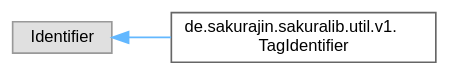
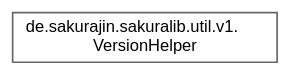
One commit to noah1510/sakura-lib changed the diagram in inherit_graph_29.dot. Above: the diagram before and after it, drawn with Graphviz. The commit also changed 186 other files, not shown here.

```diff
--- a/inherit_graph_29.dot
+++ b/inherit_graph_29.dot
@@ -1,11 +1,9 @@
 digraph "Graphical Class Hierarchy"
 {
  // LATEX_PDF_SIZE
   bgcolor="transparent";
   edge [fontname=Helvetica,fontsize=10,labelfontname=Helvetica,labelfontsize=10];
   node [fontname=Helvetica,fontsize=10,shape=box,height=0.2,width=0.4];
   rankdir="LR";
-  Node0 [label="Identifier",height=0.2,width=0.4,color="grey60", fillcolor="#E0E0E0", style="filled",tooltip=" "];
-  Node0 -> Node1 [dir="back",color="steelblue1",style="solid"];
-  Node1 [label="de.sakurajin.sakuralib.util.v1.\lTagIdentifier",height=0.2,width=0.4,color="grey40", fillcolor="white", style="filled",URL="$classde_1_1sakurajin_1_1sakuralib_1_1util_1_1v1_1_1TagIdentifier.html",tooltip=" "];
+  Node0 [label="de.sakurajin.sakuralib.util.v1.\lVersionHelper",height=0.2,width=0.4,color="grey40", fillcolor="white", style="filled",URL="$classde_1_1sakurajin_1_1sakuralib_1_1util_1_1v1_1_1VersionHelper.html",tooltip=" "];
 }
```
